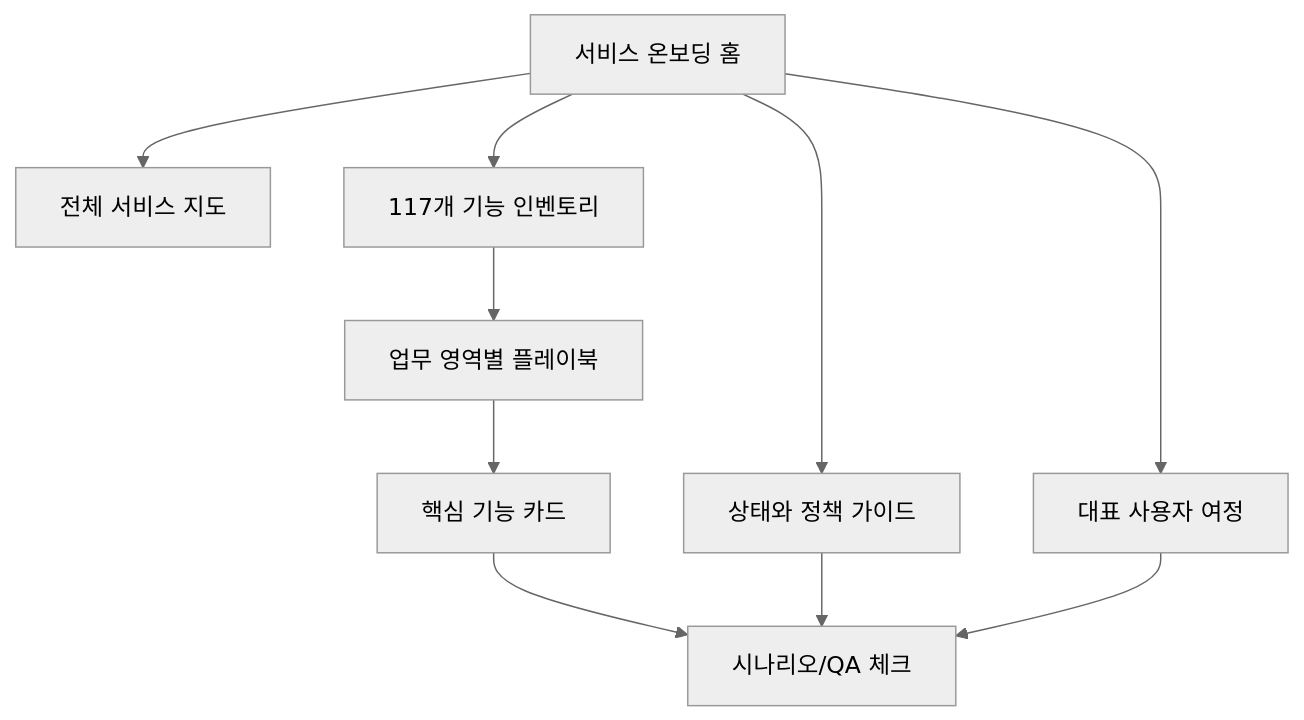
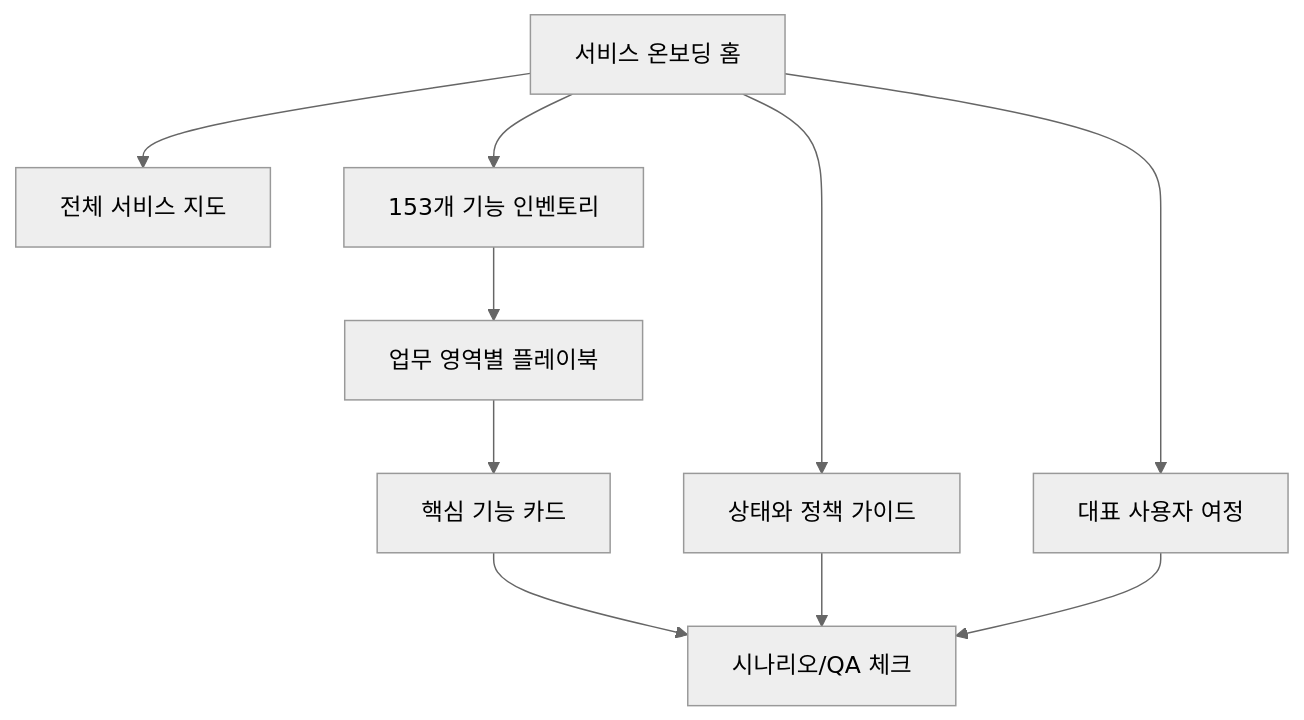
One commit to endside82/business_logic changed the second of 2 diagrams in prd/00_prd_items/11_qa_acceptance_criteria.md. Above: the diagram before and after it, drawn with Mermaid (neutral theme). The commit also changed other lines of this file and 97 other files, not shown here.

````diff
--- a/prd/00_prd_items/11_qa_acceptance_criteria.md
+++ b/prd/00_prd_items/11_qa_acceptance_criteria.md
@@ -163,12 +163,12 @@
 ```mermaid
 flowchart TD
     A["서비스 온보딩 홈"] --> B["전체 서비스 지도"]
-    A --> C["117개 기능 인벤토리"]
+    A --> C["153개 기능 인벤토리"]
     A --> D["대표 사용자 여정"]
     A --> E["상태와 정책 가이드"]
     C --> F["업무 영역별 플레이북"]
     F --> G["핵심 기능 카드"]
     G --> H["시나리오/QA 체크"]
     E --> H
     D --> H
 ```
````
